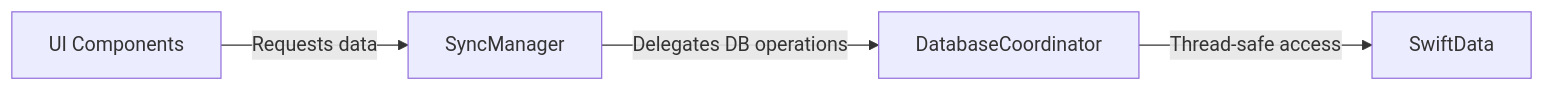
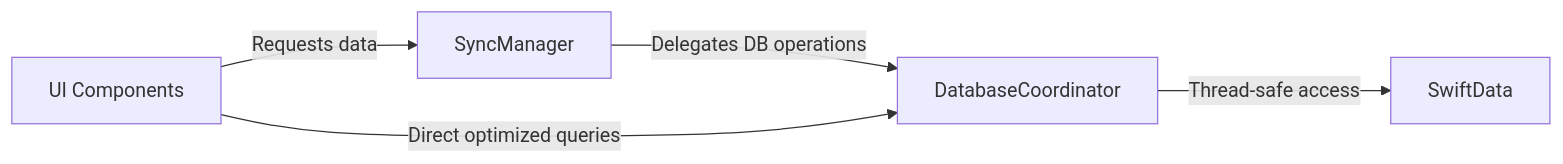
Before and after one commit to jeremyandrews/Argus-app: the second of 2 diagrams in memory-bank/systemPatterns.md, drawn with Mermaid. The commit also changed other lines of this file and 5 other files, not shown here.

````diff
--- a/memory-bank/systemPatterns.md
+++ b/memory-bank/systemPatterns.md
@@ -73,11 +73,12 @@
 ```mermaid
 flowchart LR
     UI["UI Components"]
     SM["SyncManager"]
     DC["DatabaseCoordinator"]
     DB["SwiftData"]
     
     UI -->|"Requests data"| SM
     SM -->|"Delegates DB operations"| DC
     DC -->|"Thread-safe access"| DB
+    UI -->|"Direct optimized queries"| DC
 ```
````
